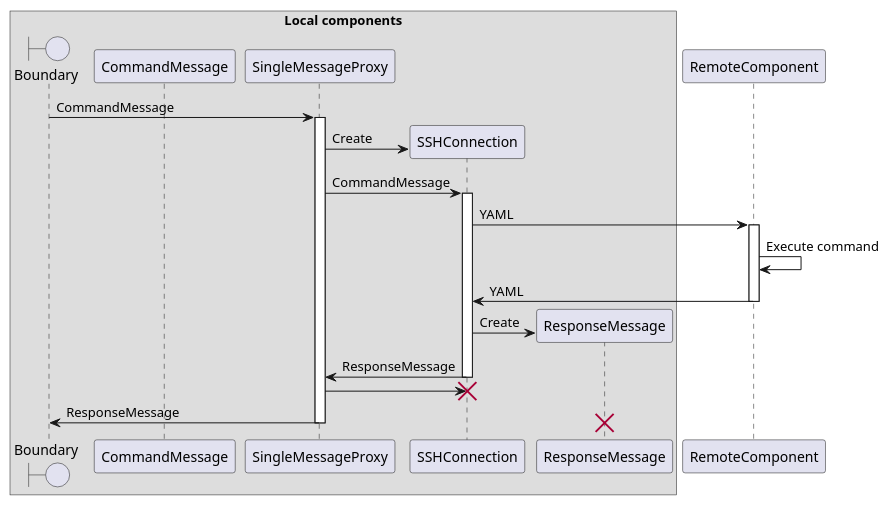
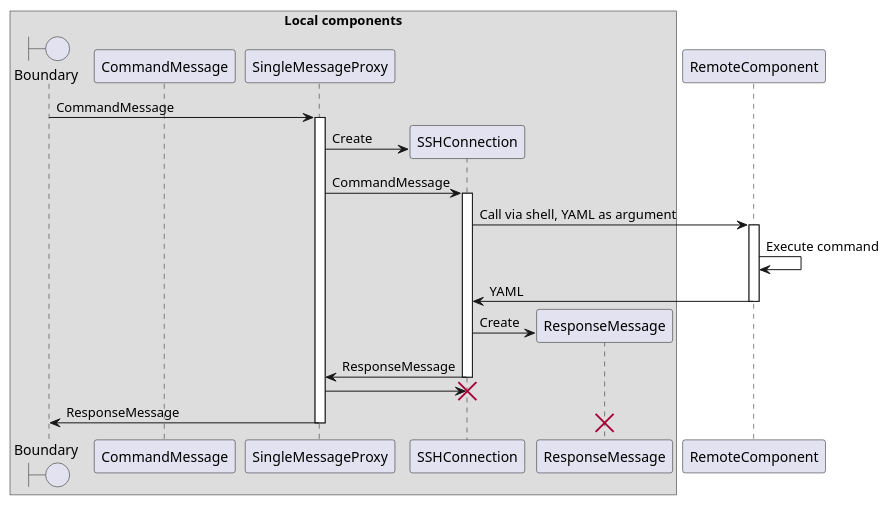
The diagram in design/sequence/proxy-one-message.puml (DistributedTaskScheduling/documentation), drawn with PlantUML before and after one commit. The commit also changed 2 other files, not shown here.

Commit message:
YAML document now argument of remote calls

```diff
--- a/design/sequence/proxy-one-message.puml
+++ b/design/sequence/proxy-one-message.puml
@@ -1,24 +1,24 @@
 @startuml
 
 box "Local components"
     boundary Boundary
     participant CommandMessage
     participant SingleMessageProxy as Proxy
     participant SSHConnection
     participant ResponseMessage
 end box
 
 Boundary -> Proxy ++ : CommandMessage
 Proxy -> SSHConnection ** : Create
 Proxy -> SSHConnection ++ : CommandMessage
-SSHConnection -> RemoteComponent ++ : YAML
+SSHConnection -> RemoteComponent ++ : Call via shell, YAML as argument
 RemoteComponent -> RemoteComponent : Execute command
 SSHConnection <- RemoteComponent -- : YAML
 SSHConnection -> ResponseMessage ** : Create
 Proxy <- SSHConnection -- : ResponseMessage
 Proxy -> SSHConnection !!
 Boundary <- Proxy -- : ResponseMessage
 
 destroy ResponseMessage
 
 @enduml
```
